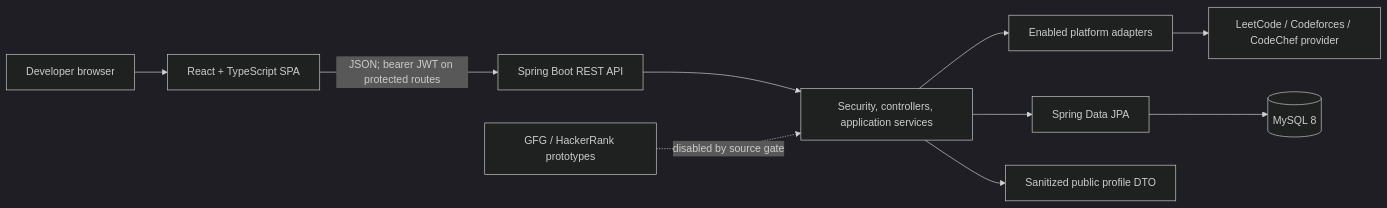
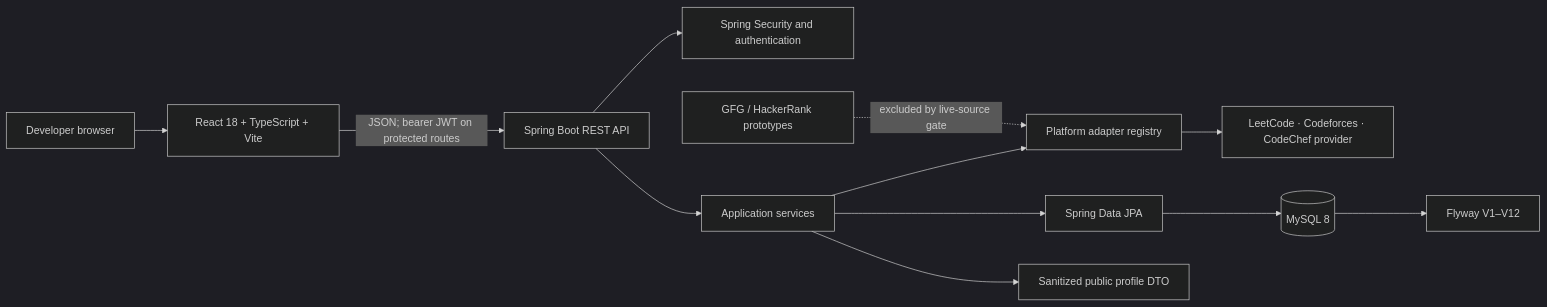
Before and after one commit to sajalgoyal007/KodBTW: the diagram in README.md, drawn with Mermaid (dark theme). The commit also changed other lines of this file, not shown here.

````diff
--- a/README.md
+++ b/README.md
@@ -89,12 +131,14 @@
 ```mermaid
 flowchart LR
-  Browser[Developer browser] --> React[React + TypeScript SPA]
-  React -->|JSON; bearer JWT on protected routes| API[Spring Boot REST API]
-  API --> Services[Security, controllers, application services]
-  Services --> Adapters[Enabled platform adapters]
-  Adapters --> Providers[LeetCode / Codeforces / CodeChef provider]
+  Browser[Developer browser] --> SPA[React 18 + TypeScript + Vite]
+  SPA -->|JSON; bearer JWT on protected routes| API[Spring Boot REST API]
+  API --> Auth[Spring Security and authentication]
+  API --> Services[Application services]
+  Services --> Adapters[Platform adapter registry]
+  Adapters --> Sources[LeetCode · Codeforces · CodeChef provider]
   Services --> Repositories[Spring Data JPA]
-  Repositories --> MySQL[(MySQL 8)]
+  Repositories --> DB[(MySQL 8)]
+  DB --> Migrations[Flyway V1–V12]
   Services --> PublicDTO[Sanitized public profile DTO]
-  Disabled[GFG / HackerRank prototypes] -. disabled by source gate .-> Services
+  Prototypes[GFG / HackerRank prototypes] -. excluded by live-source gate .-> Adapters
 ```
````
